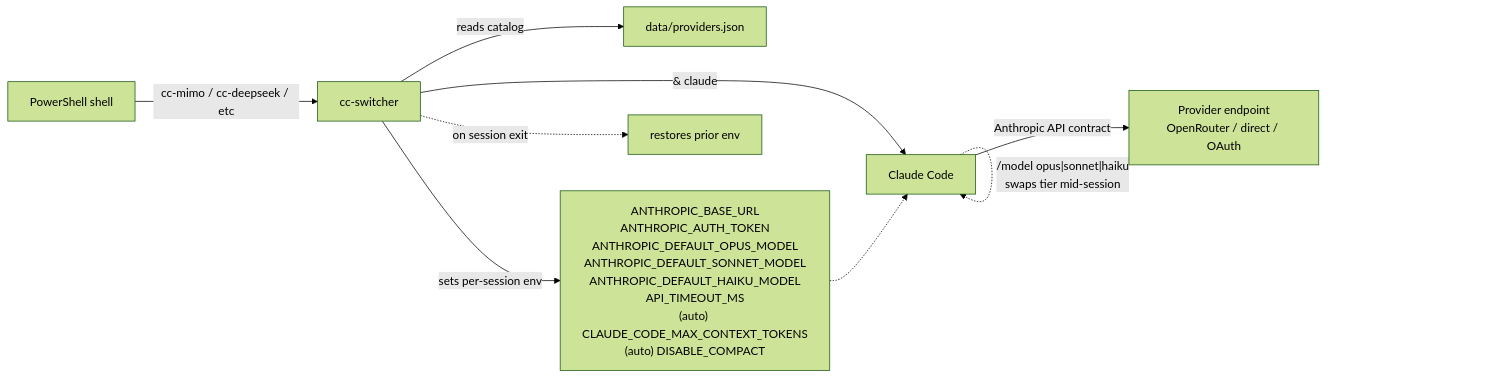
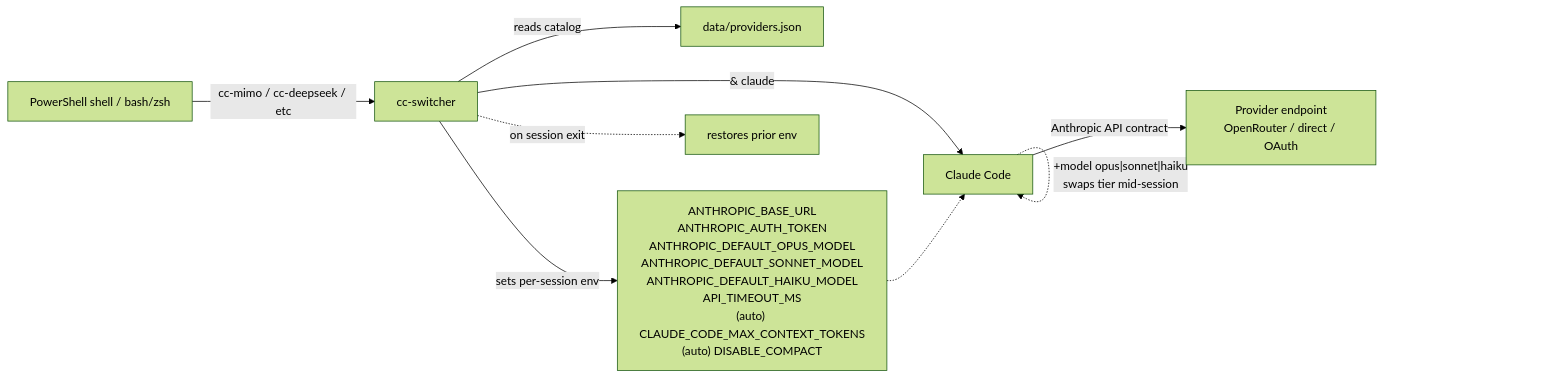
The diagram in README.md (jimstratus/cc-switcher), drawn with Mermaid (forest theme) before and after one commit. The commit also changed other lines of this file, not shown here.

Commit message:
README: update for bash port, dual-shell support, cross-referenced layout

````diff
--- a/README.md
+++ b/README.md
@@ -30,11 +32,11 @@
 ```mermaid
 flowchart LR
-    shell["PowerShell shell"] -->|"cc-mimo / cc-deepseek / etc"| sw["cc-switcher"]
+    shell["PowerShell shell / bash/zsh"] -->|"cc-mimo / cc-deepseek / etc"| sw["cc-switcher"]
     sw -->|"reads catalog"| cat["data/providers.json"]
     sw -->|"sets per-session env"| env["ANTHROPIC_BASE_URL<br/>ANTHROPIC_AUTH_TOKEN<br/>ANTHROPIC_DEFAULT_OPUS_MODEL<br/>ANTHROPIC_DEFAULT_SONNET_MODEL<br/>ANTHROPIC_DEFAULT_HAIKU_MODEL<br/>API_TIMEOUT_MS<br/>(auto) CLAUDE_CODE_MAX_CONTEXT_TOKENS<br/>(auto) DISABLE_COMPACT"]
-    sw -->|"&amp; claude"| cc["Claude Code"]
+    sw -->|"& claude"| cc["Claude Code"]
     env -.-> cc
     cc -->|"Anthropic API contract"| ep["Provider endpoint<br/>OpenRouter / direct / OAuth"]
-    cc -.->|"/model opus|sonnet|haiku<br/>swaps tier mid-session"| cc
+    cc -.->|"+model opus|sonnet|haiku<br/>swaps tier mid-session"| cc
     sw -.->|"on session exit"| restore["restores prior env"]
 ```
````
